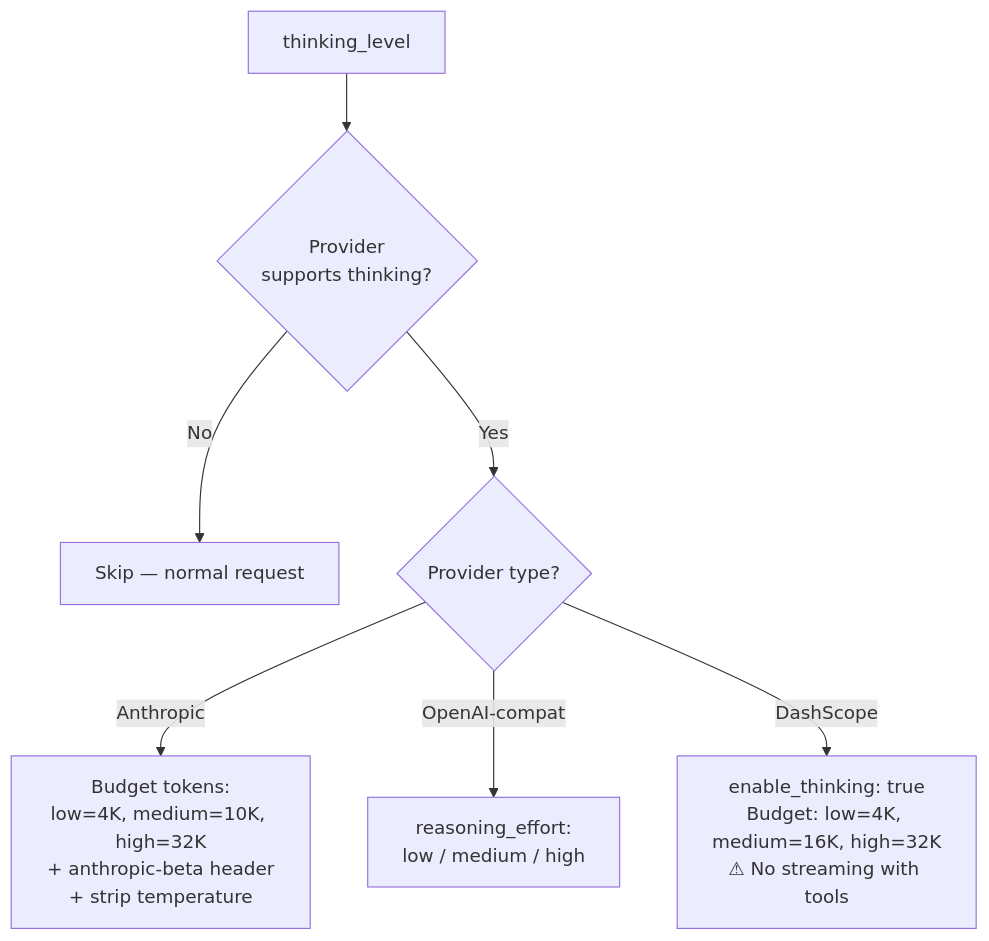
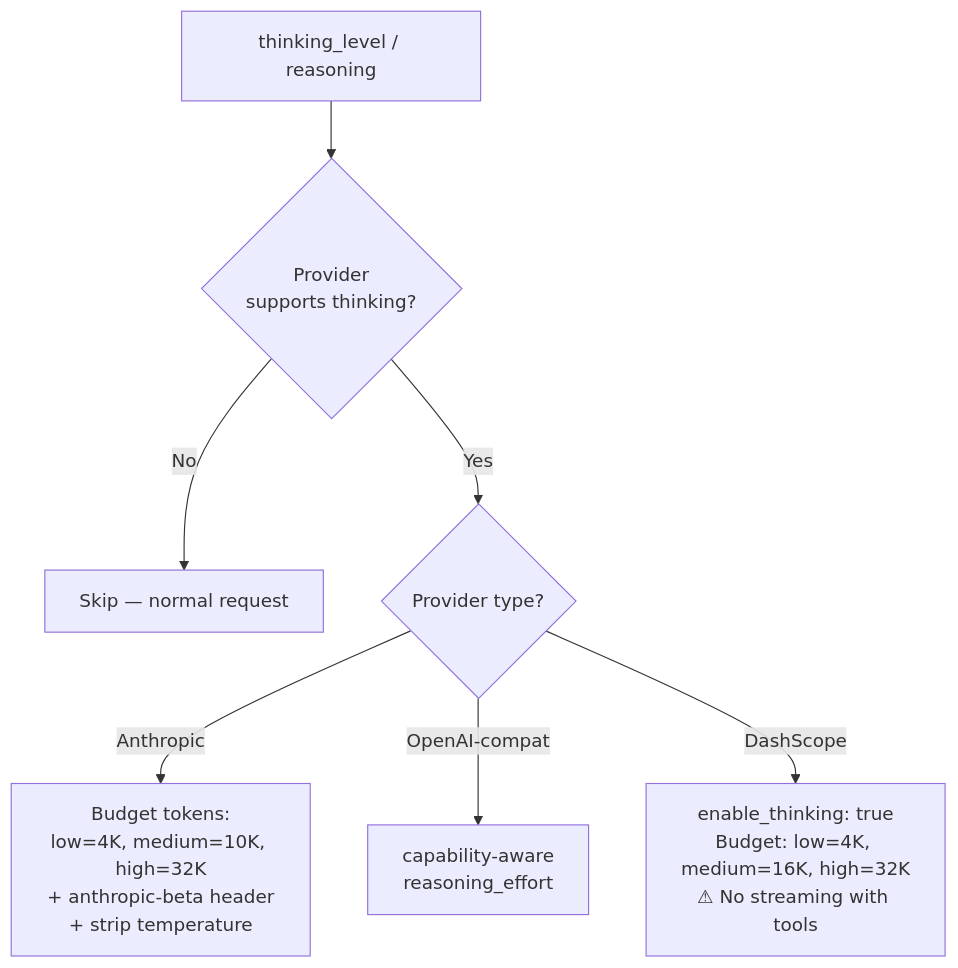
The seventh of 9 diagrams in docs/02-providers.md (nextlevelbuilder/goclaw), drawn with Mermaid before and after one commit. The commit also changed other lines of this file and 3 other files, not shown here.

First line of the commit message:
docs(api): document capability-aware reasoning controls

````diff
--- a/docs/02-providers.md
+++ b/docs/02-providers.md
@@ -278,10 +278,10 @@
 ```mermaid
 flowchart TD
-    LEVEL["thinking_level"] --> CHECK{"Provider<br/>supports thinking?"}
+    LEVEL["thinking_level / reasoning"] --> CHECK{"Provider<br/>supports thinking?"}
     CHECK -->|No| SKIP["Skip — normal request"]
     CHECK -->|Yes| TYPE{"Provider type?"}
 
     TYPE -->|Anthropic| ANTH["Budget tokens:<br/>low=4K, medium=10K, high=32K<br/>+ anthropic-beta header<br/>+ strip temperature"]
-    TYPE -->|OpenAI-compat| OAI["reasoning_effort:<br/>low / medium / high"]
+    TYPE -->|OpenAI-compat| OAI["capability-aware<br/>reasoning_effort"]
     TYPE -->|DashScope| DASH["enable_thinking: true<br/>Budget: low=4K, medium=16K, high=32K<br/>⚠ No streaming with tools"]
 ```
````
